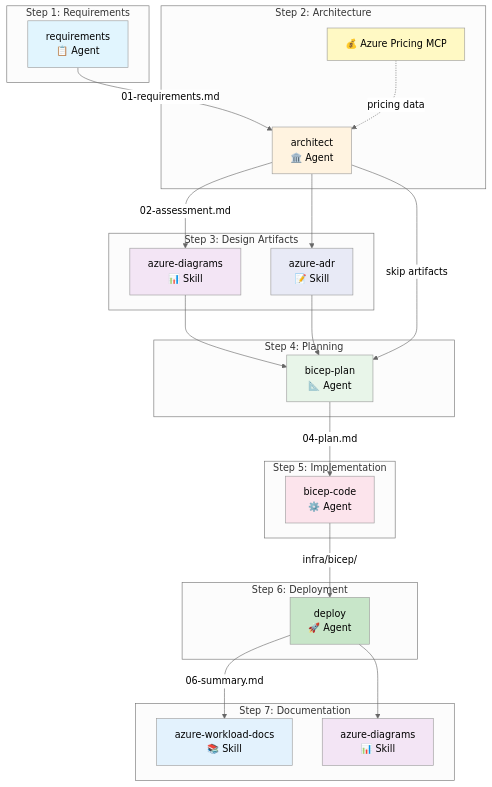
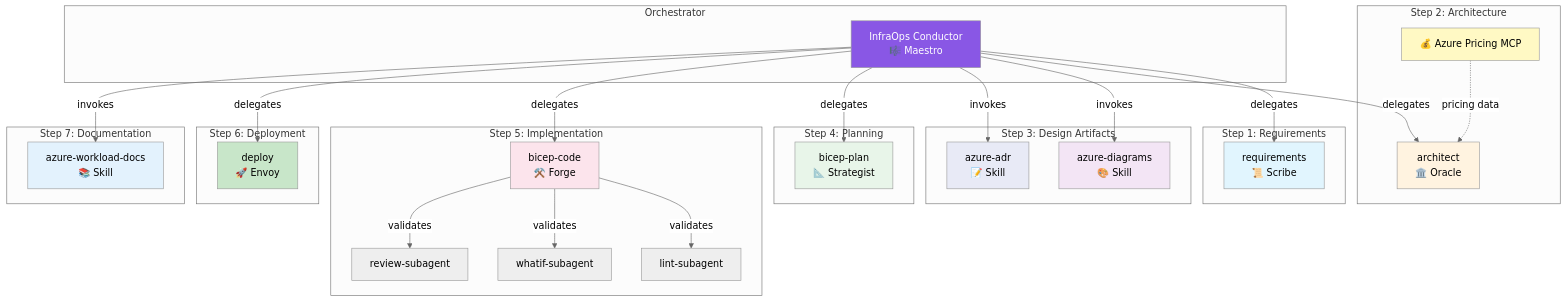
The diagram in docs/workflow.md (genaisrini/azure-agentic-infraops), drawn with Mermaid before and after one commit. The commit also changed other lines of this file and 227 other files, not shown here.

````diff
--- a/docs/workflow.md
+++ b/docs/workflow.md
@@ -9,57 +17,65 @@
 ```mermaid
 %%{init: {'theme':'neutral'}}%%
 graph TB
+    subgraph "Orchestrator"
+        COND["InfraOps Conductor<br/>🎼 Maestro"]
+    end
+
     subgraph "Step 1: Requirements"
-        REQ["requirements<br/>📋 Agent"]
+        REQ["requirements<br/>📜 Scribe"]
     end
 
     subgraph "Step 2: Architecture"
-        ARCH["architect<br/>🏛️ Agent"]
+        ARCH["architect<br/>🏛️ Oracle"]
         MCP["💰 Azure Pricing MCP"]
     end
 
     subgraph "Step 3: Design Artifacts"
-        DIAG["azure-diagrams<br/>📊 Skill"]
+        DIAG["azure-diagrams<br/>🎨 Skill"]
         ADR["azure-adr<br/>📝 Skill"]
     end
 
     subgraph "Step 4: Planning"
-        PLAN["bicep-plan<br/>📐 Agent"]
+        PLAN["bicep-plan<br/>📐 Strategist"]
     end
 
     subgraph "Step 5: Implementation"
-        CODE["bicep-code<br/>⚙️ Agent"]
+        CODE["bicep-code<br/>⚒️ Forge"]
+        LINT["lint-subagent"]
+        WHATIF["whatif-subagent"]
+        REVIEW["review-subagent"]
     end
 
     subgraph "Step 6: Deployment"
-        DEP["deploy<br/>🚀 Agent"]
+        DEP["deploy<br/>🚀 Envoy"]
     end
 
     subgraph "Step 7: Documentation"
         DOCS["azure-workload-docs<br/>📚 Skill"]
-        DIAG2["azure-diagrams<br/>📊 Skill"]
     end
 
-    REQ -->|"01-requirements.md"| ARCH
+    COND -->|"delegates"| REQ
+    COND -->|"delegates"| ARCH
+    COND -->|"invokes"| DIAG
+    COND -->|"invokes"| ADR
+    COND -->|"delegates"| PLAN
+    COND -->|"delegates"| CODE
+    CODE -->|"validates"| LINT
+    CODE -->|"validates"| WHATIF
+    CODE -->|"validates"| REVIEW
+    COND -->|"delegates"| DEP
+    COND -->|"invokes"| DOCS
+
     MCP -.->|"pricing data"| ARCH
-    ARCH -->|"02-assessment.md"| DIAG
-    ARCH --> ADR
-    DIAG --> PLAN
-    ADR --> PLAN
-    ARCH -->|"skip artifacts"| PLAN
-    PLAN -->|"04-plan.md"| CODE
-    CODE -->|"infra/bicep/"| DEP
-    DEP -->|"06-summary.md"| DOCS
-    DEP --> DIAG2
 
+    style COND fill:#8957E5,color:#fff
     style REQ fill:#e1f5fe
     style ARCH fill:#fff3e0
     style MCP fill:#fff9c4
     style DIAG fill:#f3e5f5
     style ADR fill:#e8eaf6
     style PLAN fill:#e8f5e9
     style CODE fill:#fce4ec
     style DEP fill:#c8e6c9
     style DOCS fill:#e3f2fd
-    style DIAG2 fill:#f3e5f5
 ```
````
